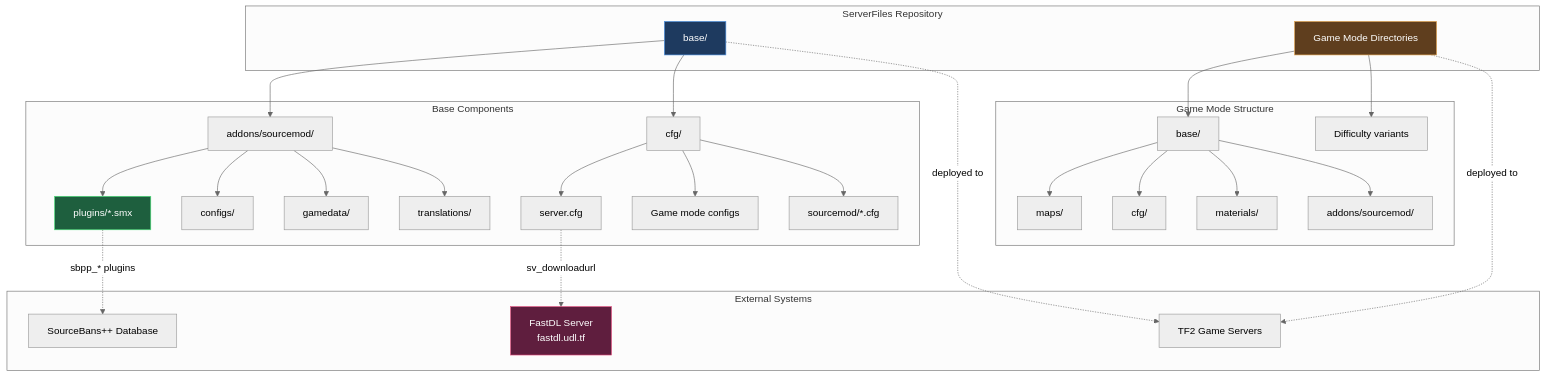
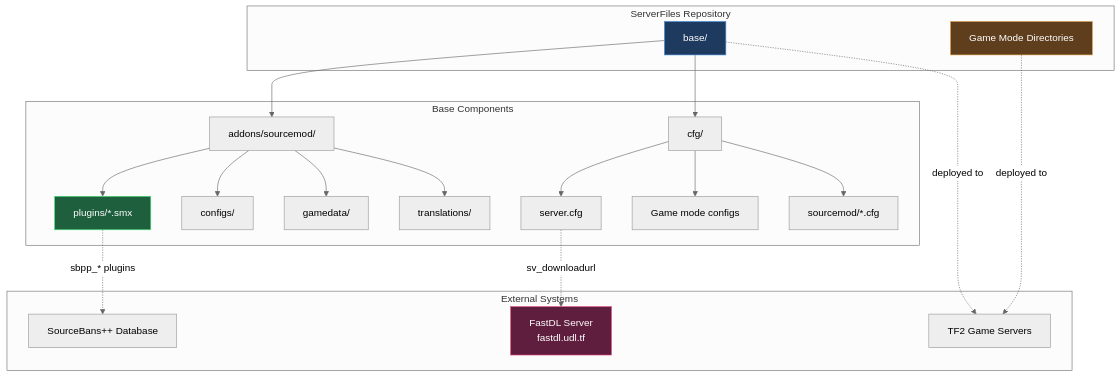
Before and after one commit to UDL-TF/ServerFiles: the first of 3 diagrams in README.md, drawn with Mermaid (neutral theme). The commit also changed other lines of this file, not shown here.

````diff
--- a/README.md
+++ b/README.md
@@ -24,44 +24,35 @@
 ```mermaid
 graph TB
     subgraph "ServerFiles Repository"
         BASE[base/]
         GAMEMODES[Game Mode Directories]
     end
     
     subgraph "Base Components"
         BASE --> ADDONS[addons/sourcemod/]
         BASE --> CFG[cfg/]
         ADDONS --> PLUGINS[plugins/*.smx]
         ADDONS --> CONFIGS[configs/]
         ADDONS --> GAMEDATA[gamedata/]
         ADDONS --> TRANSLATIONS[translations/]
         CFG --> SERVERCFG[server.cfg]
         CFG --> MODECFG[Game mode configs]
         CFG --> SMCFG[sourcemod/*.cfg]
     end
     
-    subgraph "Game Mode Structure"
-        GAMEMODES --> GM_BASE[base/]
-        GAMEMODES --> GM_VARIANTS[Difficulty variants]
-        GM_BASE --> GM_MAPS[maps/]
-        GM_BASE --> GM_CFG[cfg/]
-        GM_BASE --> GM_MATERIALS[materials/]
-        GM_BASE --> GM_PLUGINS[addons/sourcemod/]
-    end
-    
     subgraph "External Systems"
         FASTDL[FastDL Server<br/>fastdl.udl.tf]
         GAMESERVERS[TF2 Game Servers]
         SOURCEBANS[SourceBans++ Database]
     end
     
     SERVERCFG -.->|sv_downloadurl| FASTDL
     PLUGINS -.->|sbpp_* plugins| SOURCEBANS
     BASE -.->|deployed to| GAMESERVERS
     GAMEMODES -.->|deployed to| GAMESERVERS
     
     style BASE fill:#1e3a5f,stroke:#4a90e2,color:#ffffff
     style GAMEMODES fill:#5f3e1e,stroke:#e2a04a,color:#ffffff
     style PLUGINS fill:#1e5f3e,stroke:#4ae27a,color:#ffffff
     style FASTDL fill:#5f1e3e,stroke:#e24a7a,color:#ffffff
 ```
````
